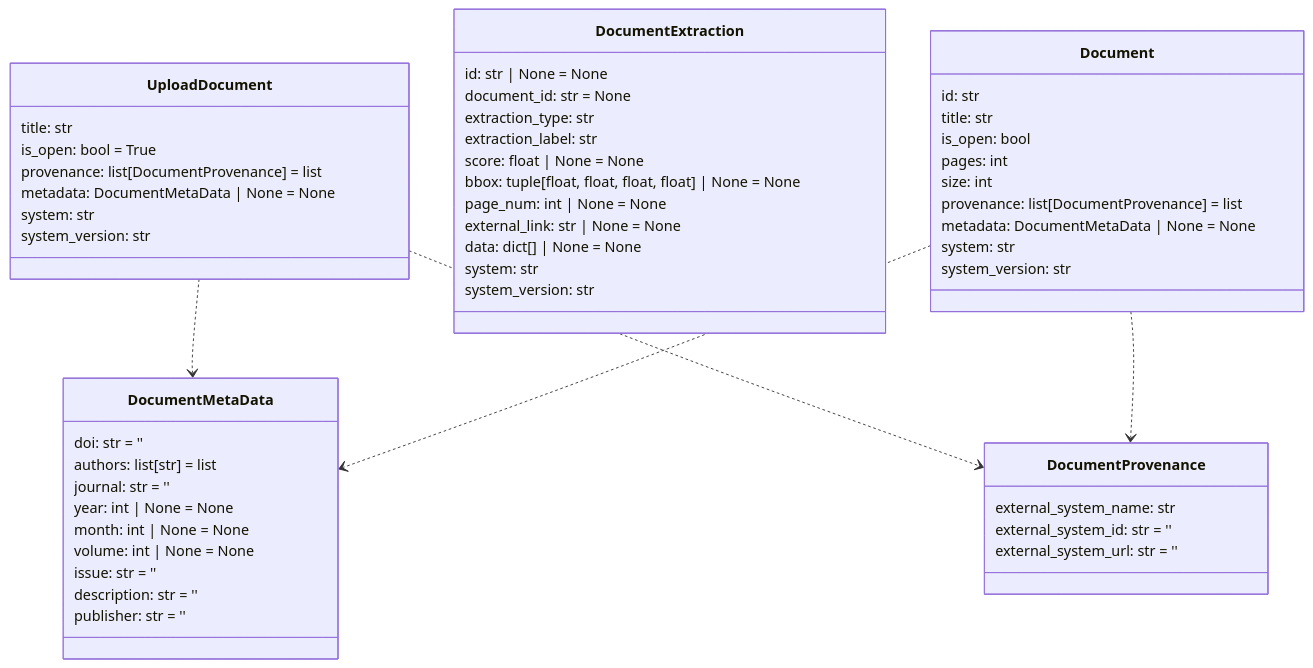
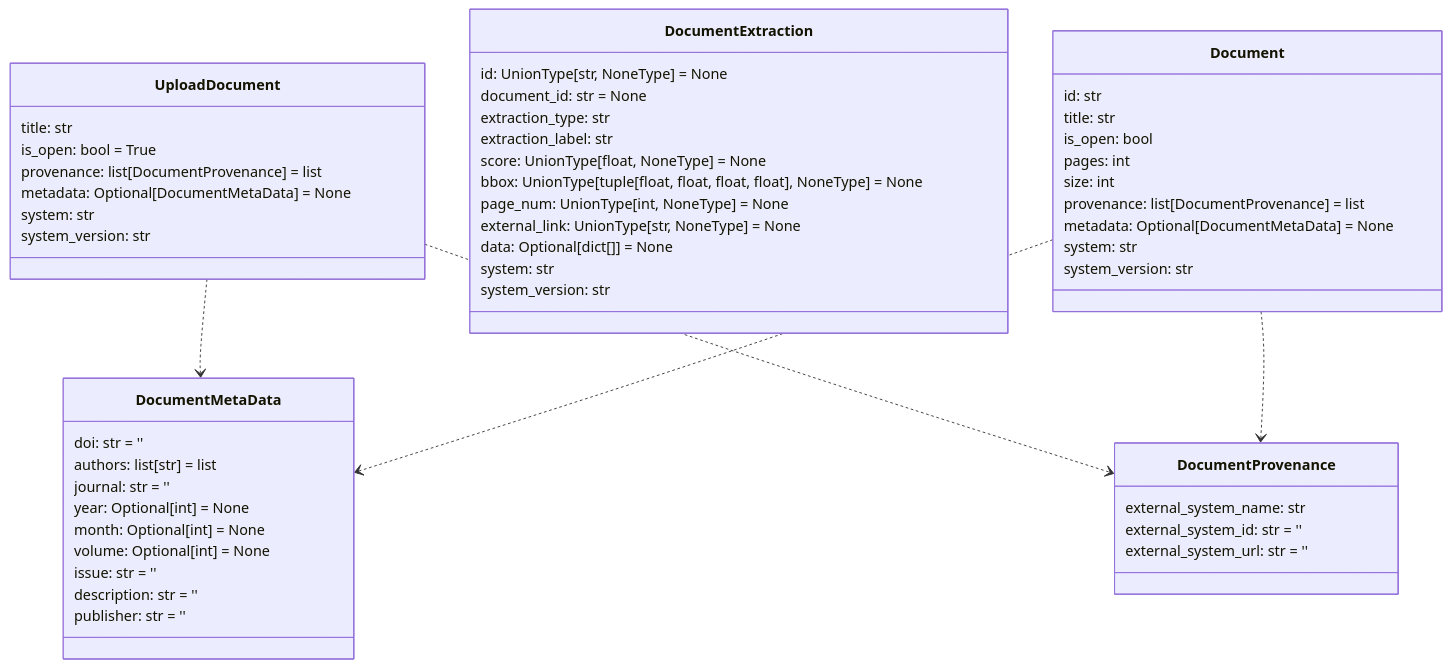
One commit to DARPA-CRITICALMAAS/cdr_schemas changed the ninth of 14 diagrams in README.md. Above: the diagram before and after it, drawn with Mermaid. The commit also changed other lines of this file and 2 other files, not shown here.

````diff
--- a/README.md
+++ b/README.md
@@ -694,63 +694,63 @@
 ```mermaid
 classDiagram
 
     class DocumentMetaData {
         doi: str = ''
         authors: list[str] = list
         journal: str = ''
-        year: int | None = None
-        month: int | None = None
-        volume: int | None = None
+        year: Optional[int] = None
+        month: Optional[int] = None
+        volume: Optional[int] = None
         issue: str = ''
         description: str = ''
         publisher: str = ''
+    }
+
+    class UploadDocument {
+        title: str
+        is_open: bool = True
+        provenance: list[DocumentProvenance] = list
+        metadata: Optional[DocumentMetaData] = None
+        system: str
+        system_version: str
+    }
+
+    class DocumentExtraction {
+        id: UnionType[str, NoneType] = None
+        document_id: str = None
+        extraction_type: str
+        extraction_label: str
+        score: UnionType[float, NoneType] = None
+        bbox: UnionType[tuple[float, float, float, float], NoneType] = None
+        page_num: UnionType[int, NoneType] = None
+        external_link: UnionType[str, NoneType] = None
+        data: Optional[dict[]] = None
+        system: str
+        system_version: str
     }
 
     class DocumentProvenance {
         external_system_name: str
         external_system_id: str = ''
         external_system_url: str = ''
-    }
-
-    class UploadDocument {
-        title: str
-        is_open: bool = True
-        provenance: list[DocumentProvenance] = list
-        metadata: DocumentMetaData | None = None
-        system: str
-        system_version: str
-    }
-
-    class DocumentExtraction {
-        id: str | None = None
-        document_id: str = None
-        extraction_type: str
-        extraction_label: str
-        score: float | None = None
-        bbox: tuple[float, float, float, float] | None = None
-        page_num: int | None = None
-        external_link: str | None = None
-        data: dict[] | None = None
-        system: str
-        system_version: str
     }
 
     class Document {
         id: str
         title: str
         is_open: bool
         pages: int
         size: int
         provenance: list[DocumentProvenance] = list
-        metadata: DocumentMetaData | None = None
+        metadata: Optional[DocumentMetaData] = None
         system: str
         system_version: str
     }
 
     UploadDocument ..> DocumentMetaData
     UploadDocument ..> DocumentProvenance
     Document ..> DocumentMetaData
     Document ..> DocumentProvenance
 
 
 ```
````
